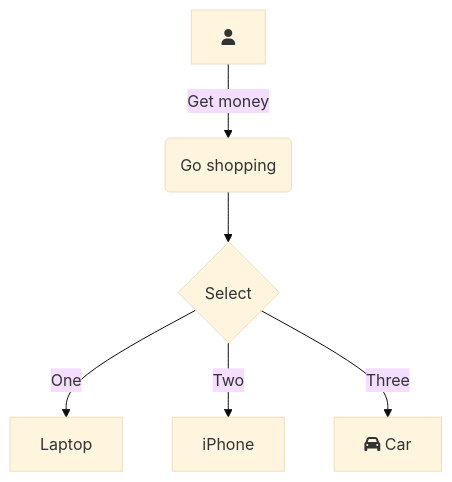
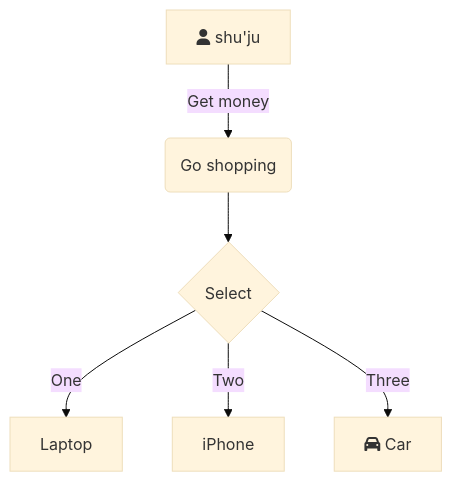
The diagram in all/未命名.md (HelloMe66/iodraw-files), drawn with Mermaid (base theme) before and after one commit.

Commit message:
2025-08-20 13:04:04 update

````diff
--- a/all/未命名.md
+++ b/all/未命名.md
@@ -1,9 +1,9 @@
 ```mermaid
 graph TD
-    A[fa:fa-user ] -->|Get money| B(Go shopping)
+    A[fa:fa-user shu'ju] -->|Get money| B(Go shopping)
     B --> C{Select}
     C -->|One| D[Laptop]
     C -->|Two| E[iPhone]
     C -->|Three| F[fa:fa-car Car]
   
 ```
````
